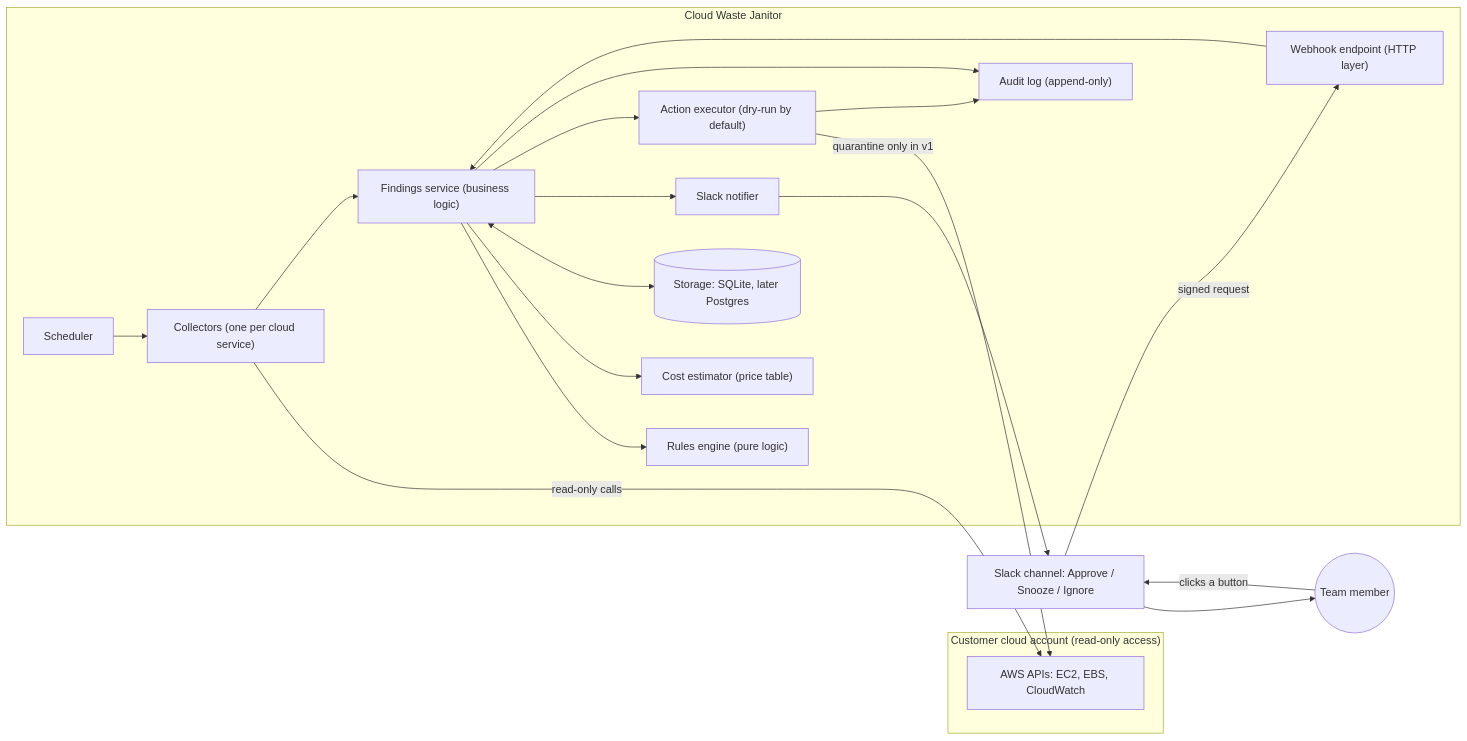
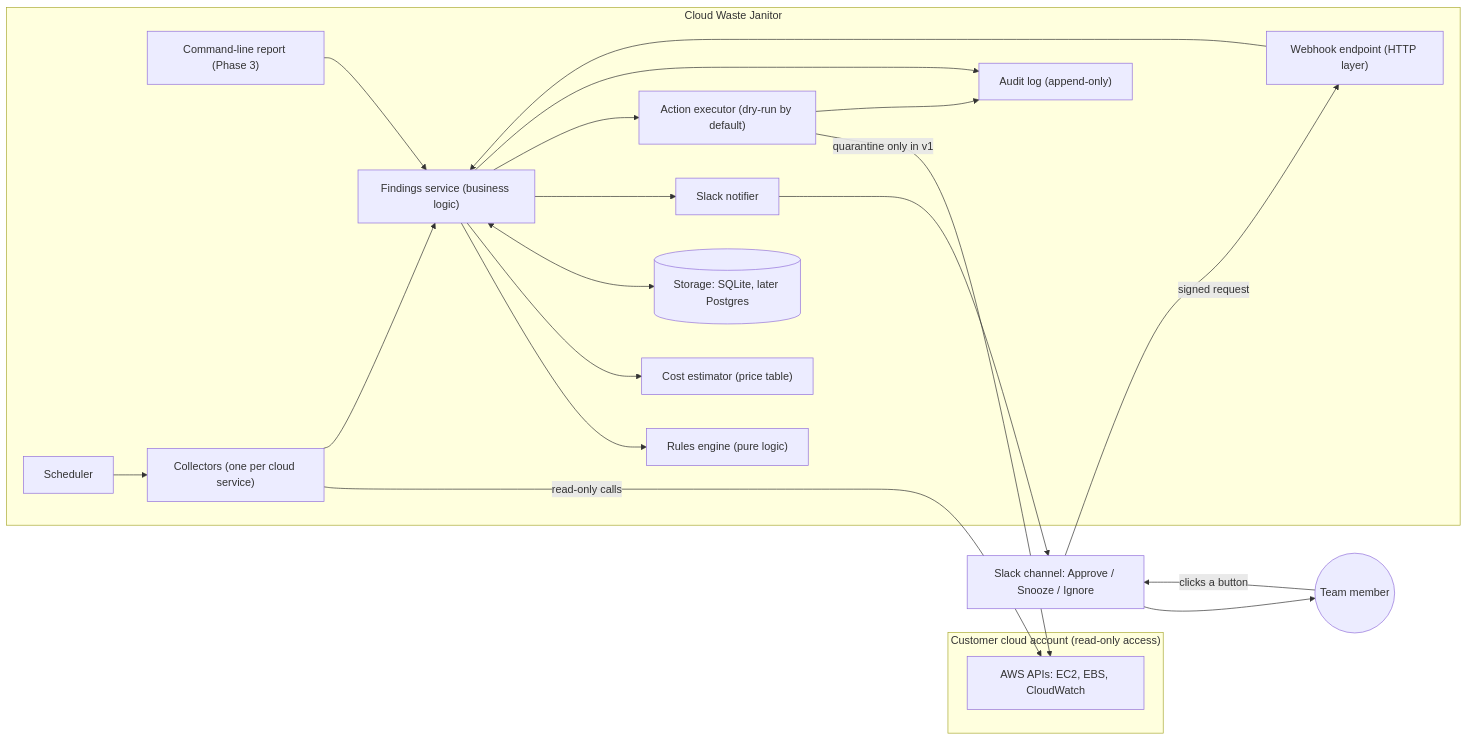
One commit to TherodGuyyy/Cloud-Waste-Janitor changed the first of 2 diagrams in README.md. Above: the diagram before and after it, drawn with Mermaid. The commit also changed other lines of this file and 31 other files, not shown here.

Commit message:
Phase 3: command-line report with history file, JSON output and smoke test

````diff
--- a/README.md
+++ b/README.md
@@ -15,39 +15,41 @@
 ```mermaid
 flowchart LR
     subgraph Cloud["Customer cloud account (read-only access)"]
         AWS["AWS APIs: EC2, EBS, CloudWatch"]
     end
 
     subgraph Janitor["Cloud Waste Janitor"]
+        CLI["Command-line report (Phase 3)"]
         SCH["Scheduler"]
         COL["Collectors (one per cloud service)"]
         RUL["Rules engine (pure logic)"]
         EST["Cost estimator (price table)"]
         SVC["Findings service (business logic)"]
         DB[("Storage: SQLite, later Postgres")]
         NOT["Slack notifier"]
         HOOK["Webhook endpoint (HTTP layer)"]
         EXE["Action executor (dry-run by default)"]
         AUD["Audit log (append-only)"]
     end
 
     SLACK["Slack channel: Approve / Snooze / Ignore"]
     HUMAN(("Team member"))
 
+    CLI --> SVC
     SCH --> COL
     COL -->|read-only calls| AWS
     COL --> SVC
     SVC --> RUL
     SVC --> EST
     SVC <--> DB
     SVC --> NOT
     NOT --> SLACK
     SLACK --> HUMAN
     HUMAN -->|clicks a button| SLACK
     SLACK -->|signed request| HOOK
     HOOK --> SVC
     SVC --> EXE
     EXE -->|quarantine only in v1| AWS
     SVC --> AUD
     EXE --> AUD
 ```
````
